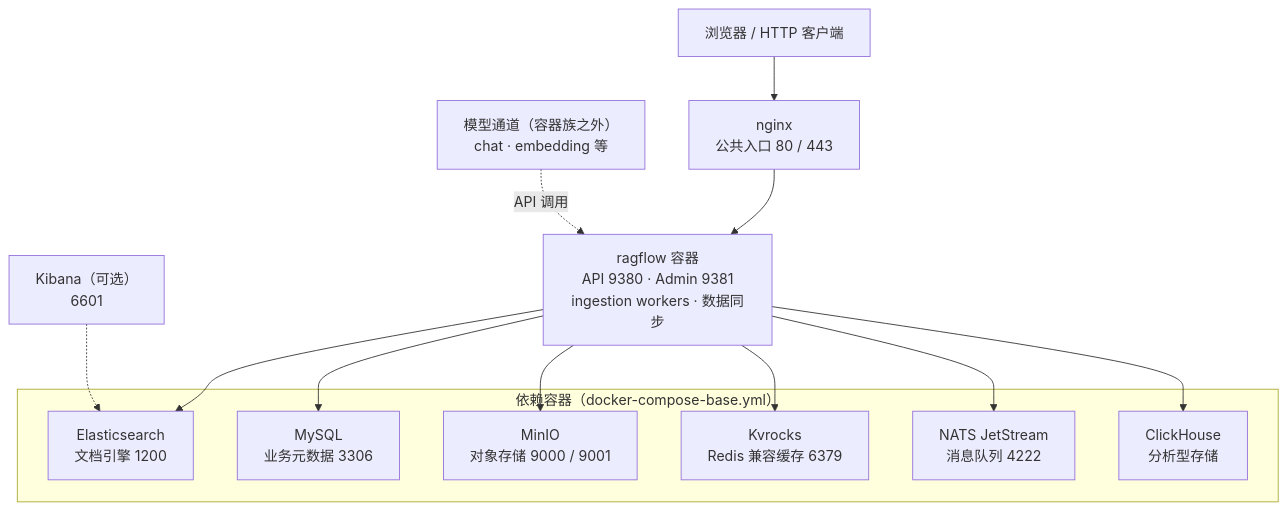
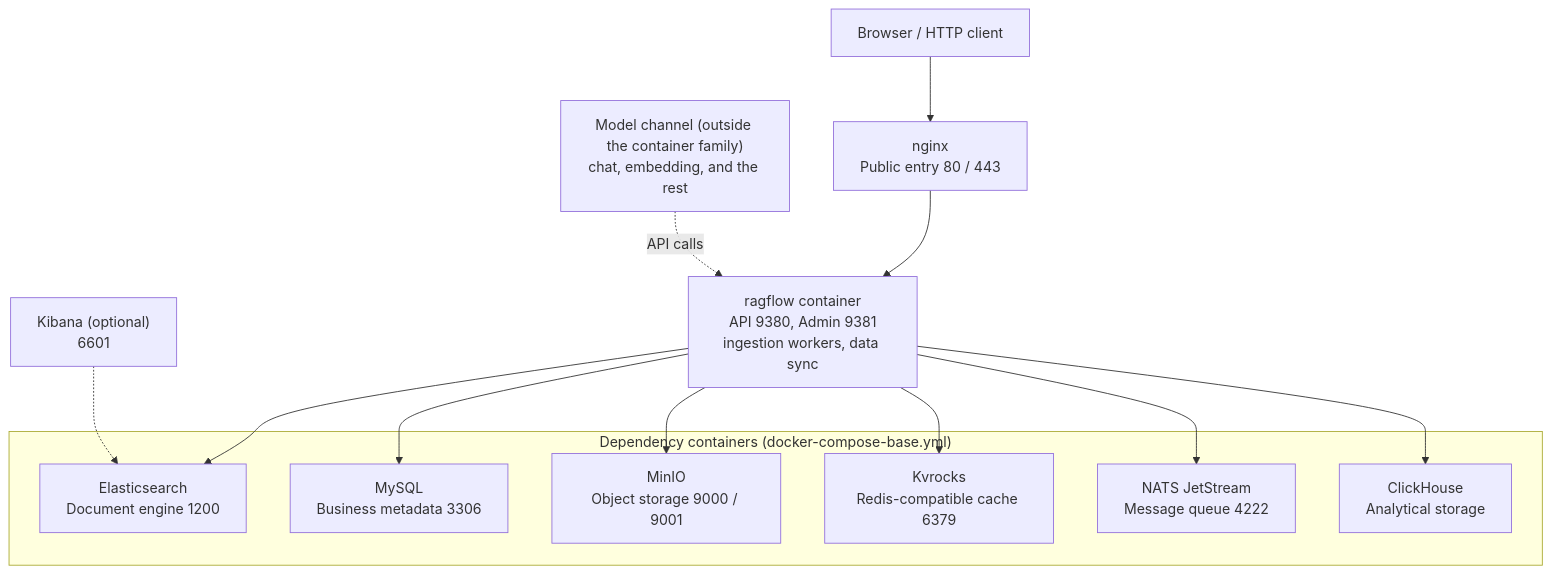
One commit to ybak/ai-tutorial changed the second of 2 diagrams in books/ragflow/en/chapters/02-deploy-models.md. Above: the diagram before and after it, drawn with Mermaid. The commit also changed other lines of this file and 16 other files, not shown here.

First line of the commit message:
docs(ragflow): 按审阅改英文图、注释和正文

````diff
--- a/books/ragflow/en/chapters/02-deploy-models.md
+++ b/books/ragflow/en/chapters/02-deploy-models.md
@@ -41,21 +41,21 @@
 ```mermaid
 flowchart TB
-    U["浏览器 / HTTP 客户端"] --> N["nginx<br/>公共入口 80 / 443"]
-    N --> R["ragflow 容器<br/>API 9380 · Admin 9381<br/>ingestion workers · 数据同步"]
-    subgraph deps["依赖容器（docker-compose-base.yml）"]
-        ES["Elasticsearch<br/>文档引擎 1200"]
-        MY["MySQL<br/>业务元数据 3306"]
-        MO["MinIO<br/>对象存储 9000 / 9001"]
-        KV["Kvrocks<br/>Redis 兼容缓存 6379"]
-        NA["NATS JetStream<br/>消息队列 4222"]
-        CH["ClickHouse<br/>分析型存储"]
+    U["Browser / HTTP client"] --> N["nginx<br/>Public entry 80 / 443"]
+    N --> R["ragflow container<br/>API 9380, Admin 9381<br/>ingestion workers, data sync"]
+    subgraph deps["Dependency containers (docker-compose-base.yml)"]
+        ES["Elasticsearch<br/>Document engine 1200"]
+        MY["MySQL<br/>Business metadata 3306"]
+        MO["MinIO<br/>Object storage 9000 / 9001"]
+        KV["Kvrocks<br/>Redis-compatible cache 6379"]
+        NA["NATS JetStream<br/>Message queue 4222"]
+        CH["ClickHouse<br/>Analytical storage"]
     end
     R --> ES
     R --> MY
     R --> MO
     R --> KV
     R --> NA
     R --> CH
-    KB["Kibana（可选）<br/>6601"] -.-> ES
-    MD["模型通道（容器族之外）<br/>chat · embedding 等"] -.->|API 调用| R
+    KB["Kibana (optional)<br/>6601"] -.-> ES
+    MD["Model channel (outside the container family)<br/>chat, embedding, and the rest"] -.->|API calls| R
 ```
````
